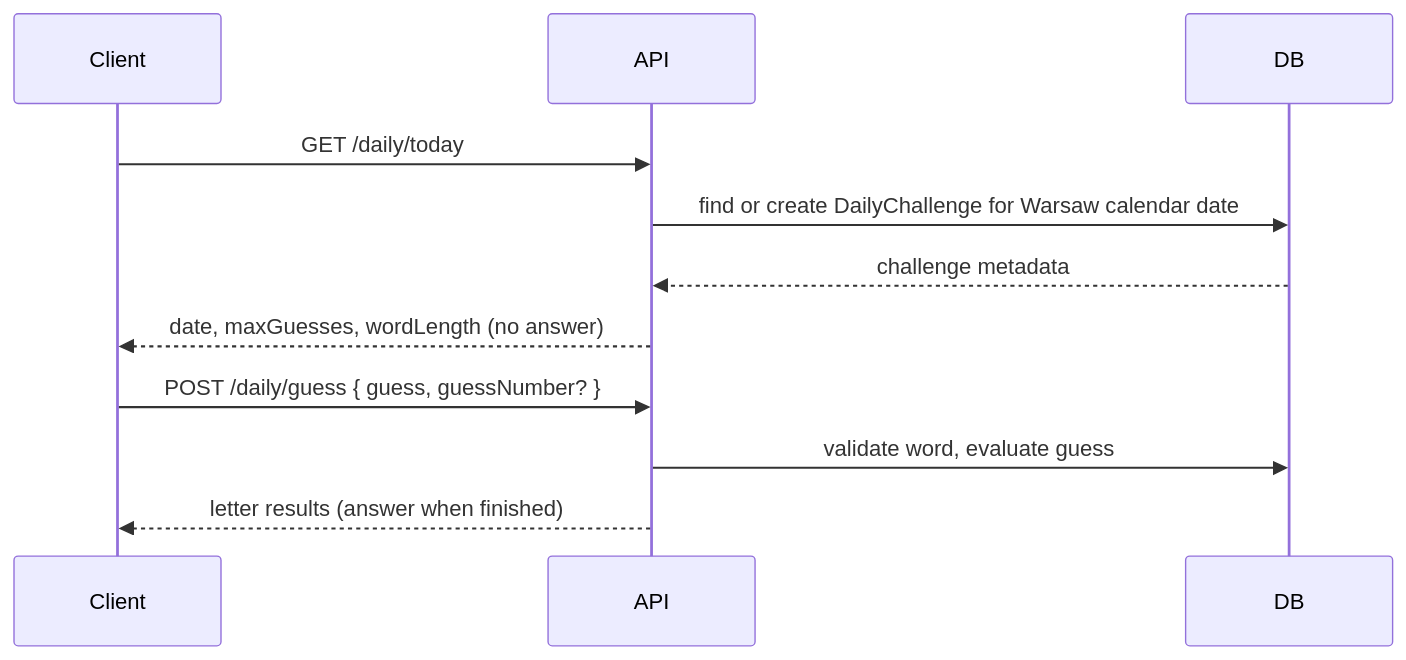
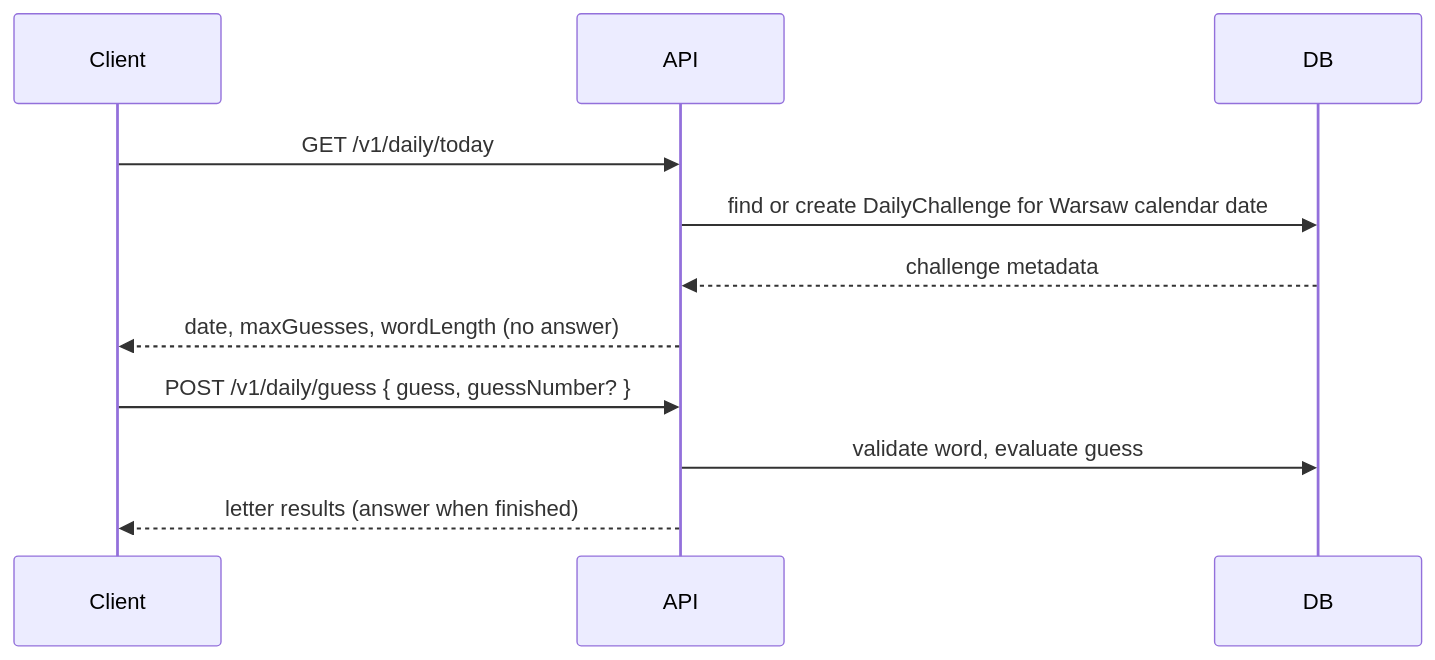
The second of 3 diagrams in apps/api/docs/API.md (habbababbai/wordlopol), drawn with Mermaid before and after one commit. The commit also changed other lines of this file and 40 other files, not shown here.

````diff
--- a/apps/api/docs/API.md
+++ b/apps/api/docs/API.md
@@ -537,14 +548,14 @@
 ```mermaid
 sequenceDiagram
     participant Client
     participant API
     participant DB
 
-    Client->>API: GET /daily/today
+    Client->>API: GET /v1/daily/today
     API->>DB: find or create DailyChallenge for Warsaw calendar date
     DB-->>API: challenge metadata
     API-->>Client: date, maxGuesses, wordLength (no answer)
-    Client->>API: POST /daily/guess { guess, guessNumber? }
+    Client->>API: POST /v1/daily/guess { guess, guessNumber? }
     API->>DB: validate word, evaluate guess
     API-->>Client: letter results (answer when finished)
 ```
````
